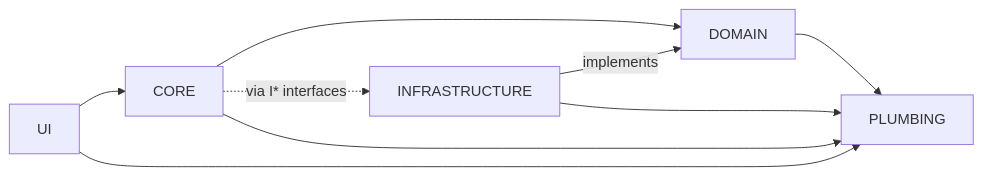
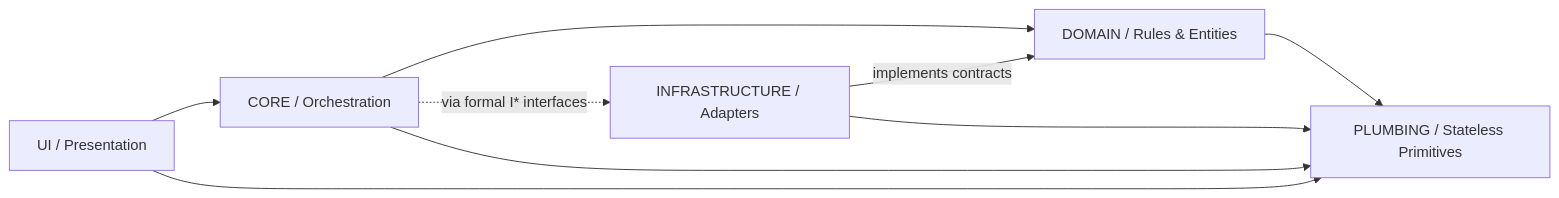
One commit to CardSorting/HEAV3NS-JOY changed the third of 3 diagrams in README.md. Above: the diagram before and after it, drawn with Mermaid. The commit also changed other lines of this file and 23 other files, not shown here.

````diff
--- a/README.md
+++ b/README.md
@@ -249,11 +330,11 @@
 ```mermaid
 flowchart LR
-  UI --> CORE
-  CORE --> DOMAIN
-  CORE -. "via I* interfaces" .-> INFRA[INFRASTRUCTURE]
-  INFRA -- implements --> DOMAIN
-  UI --> PLUMBING
-  CORE --> PLUMBING
-  INFRA --> PLUMBING
-  DOMAIN --> PLUMBING
+    UI["UI / Presentation"] --> CORE["CORE / Orchestration"]
+    CORE --> DOMAIN["DOMAIN / Rules & Entities"]
+    CORE -. "via formal I* interfaces" .-> INFRA["INFRASTRUCTURE / Adapters"]
+    INFRA -- "implements contracts" --> DOMAIN
+    UI --> PLUMBING["PLUMBING / Stateless Primitives"]
+    CORE --> PLUMBING
+    INFRA --> PLUMBING
+    DOMAIN --> PLUMBING
 ```
````
